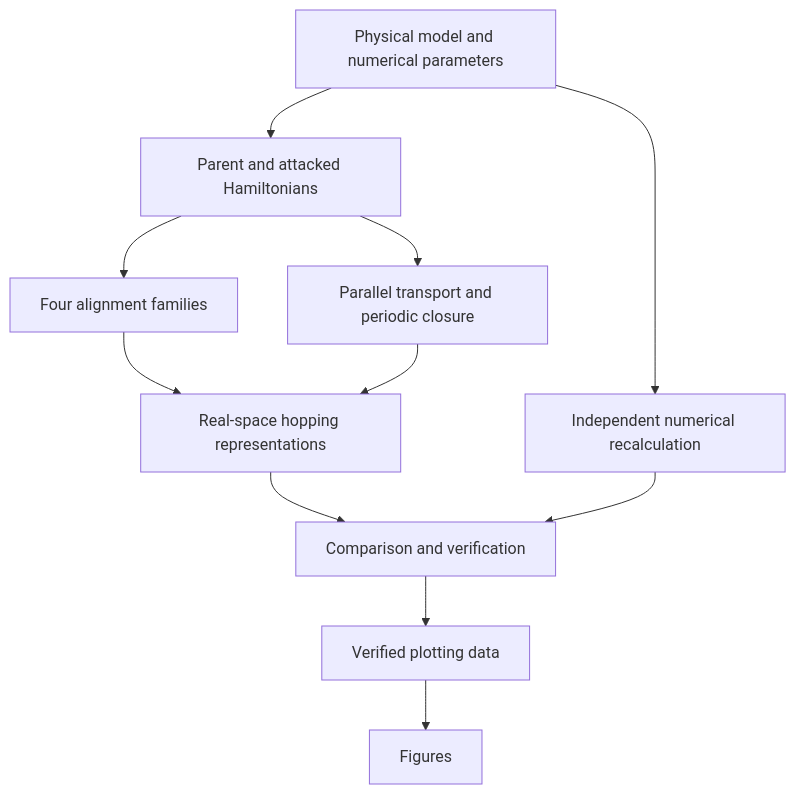
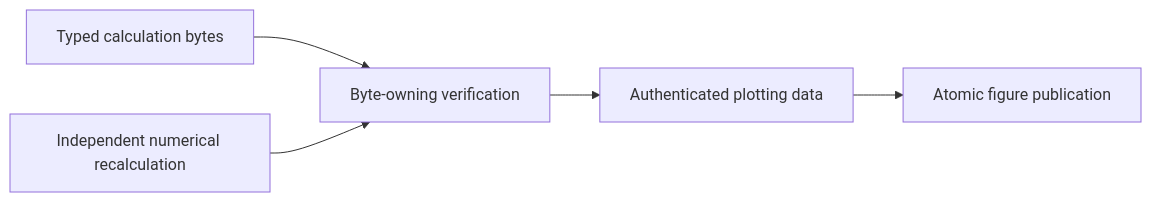
The second of 2 diagrams in docs/architecture/v3/ksdft2effmass/periodic1d/higher_rank_alignment/schematics.md (eragasa/ksdft2effmass), drawn with Mermaid before and after one commit. The commit also changed other lines of this file and 17 other files, not shown here.

Commit message:
Implement higher-rank alignment calculation producer

````diff
--- a/docs/architecture/v3/ksdft2effmass/periodic1d/higher_rank_alignment/schematics.md
+++ b/docs/architecture/v3/ksdft2effmass/periodic1d/higher_rank_alignment/schematics.md
@@ -29,22 +47,12 @@
 ```mermaid
-flowchart TD
-    Q[Physical model and numerical parameters]
-    P[Parent and attacked Hamiltonians]
-    A[Four alignment families]
-    T[Parallel transport and periodic closure]
-    H[Real-space hopping representations]
-    R[Independent numerical recalculation]
-    V[Comparison and verification]
-    D[Verified plotting data]
-    G[Figures]
+flowchart LR
+    C[Typed calculation bytes]
+    I[Independent numerical recalculation]
+    V[Byte-owning verification]
+    D[Authenticated plotting data]
+    G[Atomic figure publication]
 
-    Q --> P
-    P --> A
-    P --> T
-    A --> H
-    T --> H
-    Q --> R
-    H --> V
-    R --> V
+    C --> V
+    I --> V
     V --> D --> G
 ```
````
